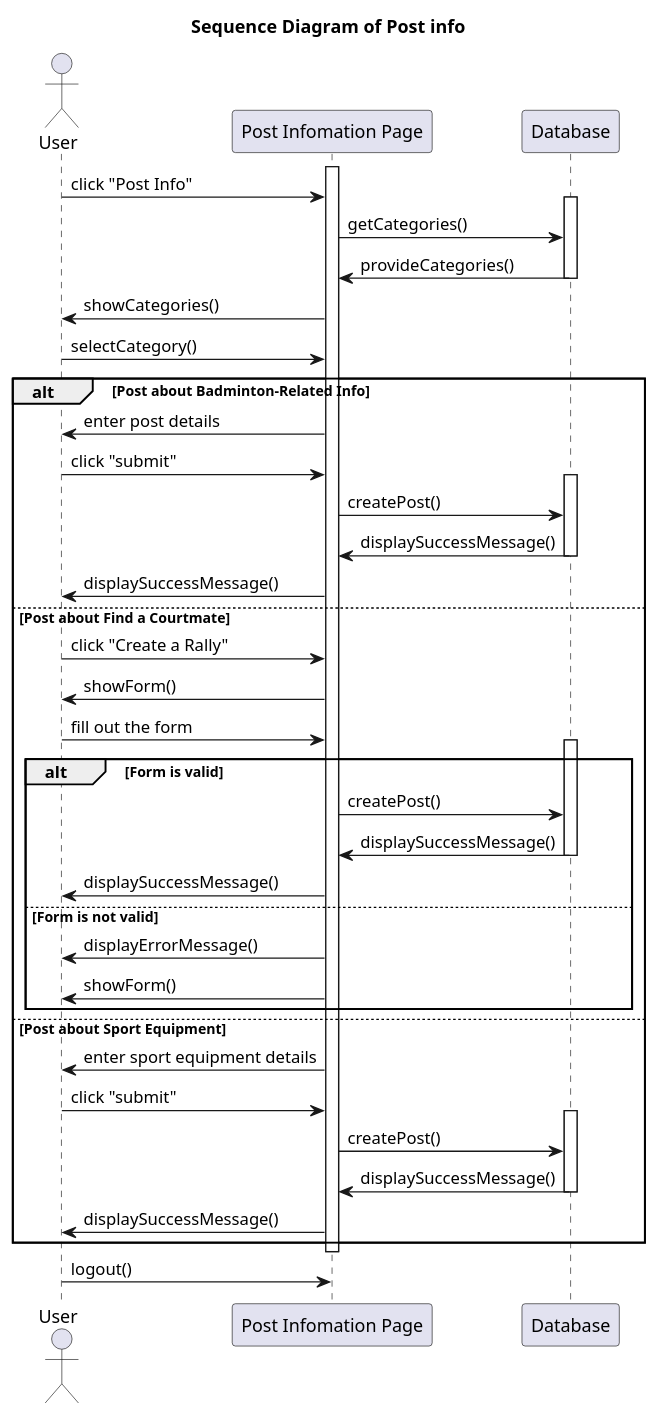
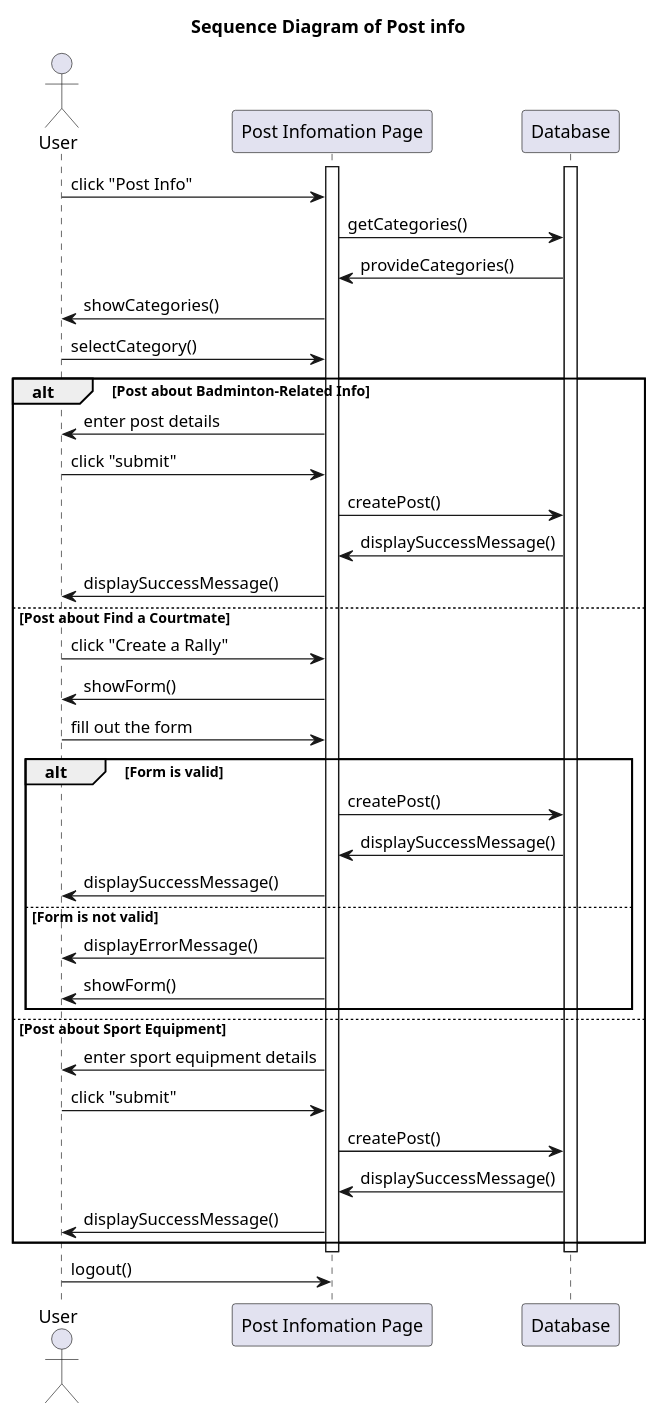
Before and after one commit to Vizards8/Hey_Badminton: the diagram in Sequence Diagram/post info.puml, drawn with PlantUML. The commit also changed 1 other file, not shown here.

Commit message:
Add sequence diagram

```diff
--- a/Sequence Diagram/post info.puml
+++ b/Sequence Diagram/post info.puml
@@ -1,71 +1,67 @@
 @startuml
 title Sequence Diagram of Post info
 
 actor User
 
 participant "Post Infomation Page" as System
 
 activate System
+activate Database
 
 User -> System : click "Post Info"
 
-activate Database
 System -> Database : getCategories()
 Database -> System : provideCategories()
-deactivate Database
 
 System -> User : showCategories()
 
 User -> System : selectCategory()
-
 
 alt Post about Badminton-Related Info
 
   System -> User : enter post details
   User -> System : click "submit"
 
-  activate Database
   System -> Database : createPost()
   Database -> System : displaySuccessMessage()
-  deactivate Database
 
   System -> User : displaySuccessMessage()
 
 else Post about Find a Courtmate
 
   User -> System : click "Create a Rally"
   System -> User : showForm()
   User -> System : fill out the form
 
   alt Form is valid
 
-      activate Database
       System -> Database : createPost()
       Database -> System : displaySuccessMessage()
-      deactivate Database
 
       System -> User : displaySuccessMessage()
+
   else Form is not valid
+
     System -> User : displayErrorMessage()
     System -> User : showForm()
+
   end
 
 else Post about Sport Equipment
 
   System -> User : enter sport equipment details
   User -> System : click "submit"
 
-      activate Database
-      System -> Database : createPost()
-      Database -> System : displaySuccessMessage()
-      deactivate Database
+  System -> Database : createPost()
+  Database -> System : displaySuccessMessage()
 
   System -> User : displaySuccessMessage()
 
 end
 
+deactivate Database
 deactivate System
 
 User -> System : logout()
 
 @enduml
```
